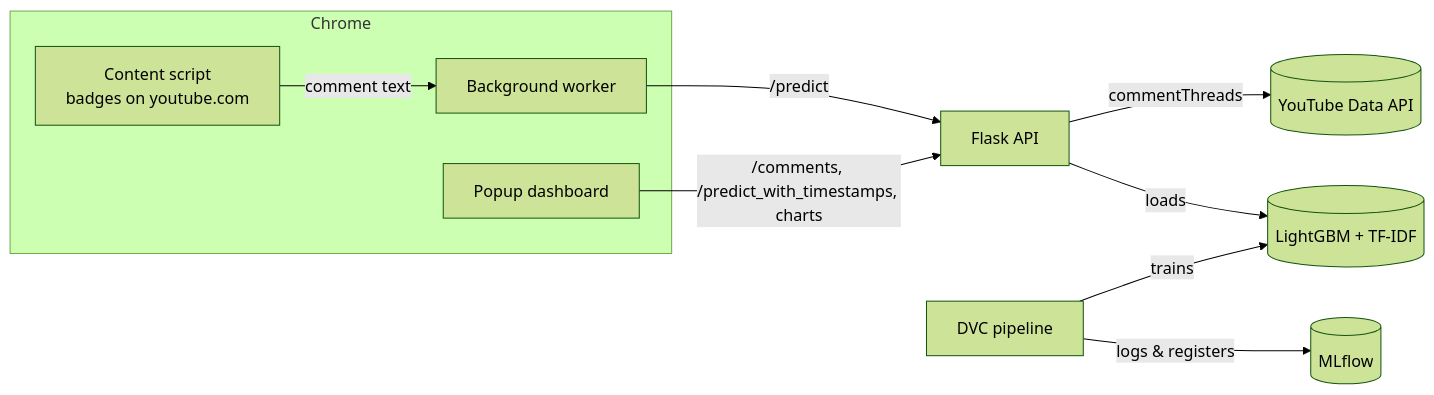
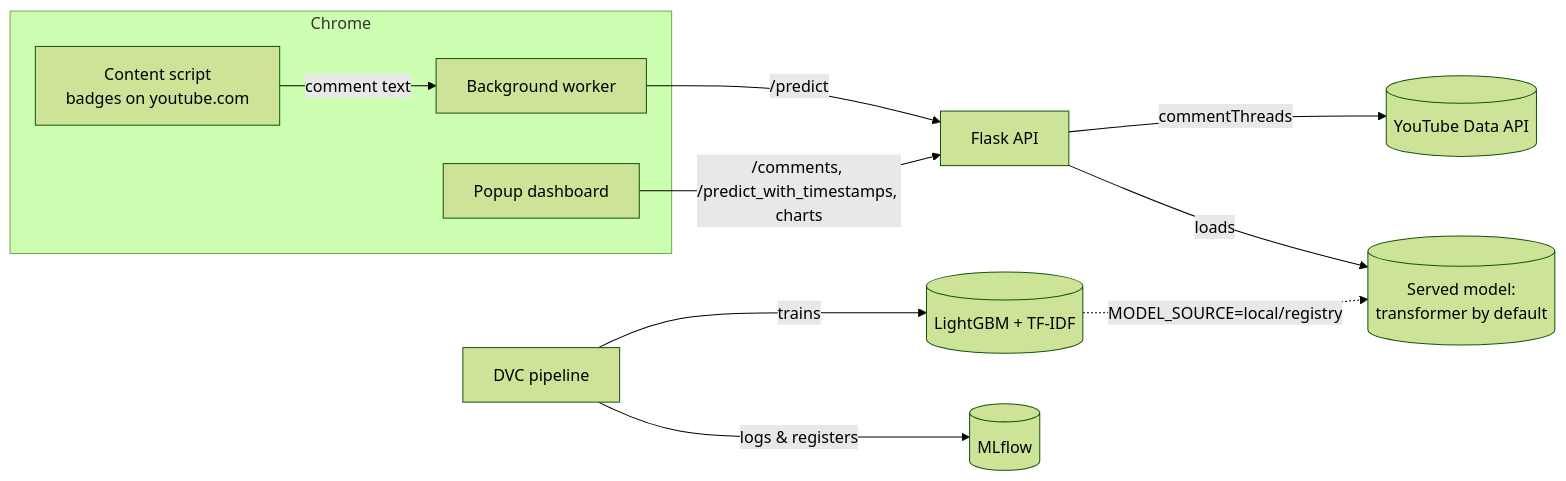
One commit to jatinkumar300403/CommentLens changed the diagram in README.md. Above: the diagram before and after it, drawn with Mermaid (forest theme). The commit also changed other lines of this file and 8 other files, not shown here.

First line of the commit message:
Serve a pretrained multilingual sentiment model instead of the course's LightGBM

````diff
--- a/README.md
+++ b/README.md
@@ -16,15 +17,16 @@
 ```mermaid
 flowchart LR
   subgraph Chrome
     P[Popup dashboard]
     C[Content script<br/>badges on youtube.com]
     B[Background worker]
   end
   C -- comment text --> B
   B -- /predict --> API
   P -- /comments, /predict_with_timestamps, charts --> API
   API[Flask API] -- commentThreads --> YT[(YouTube Data API)]
-  API -- loads --> M[(LightGBM + TF-IDF)]
-  DVC[DVC pipeline] -- trains --> M
+  API -- loads --> M[(Served model:<br/>transformer by default)]
+  DVC[DVC pipeline] -- trains --> L[(LightGBM + TF-IDF)]
+  L -. MODEL_SOURCE=local/registry .-> M
   DVC -- logs & registers --> MLF[(MLflow)]
 ```
````
